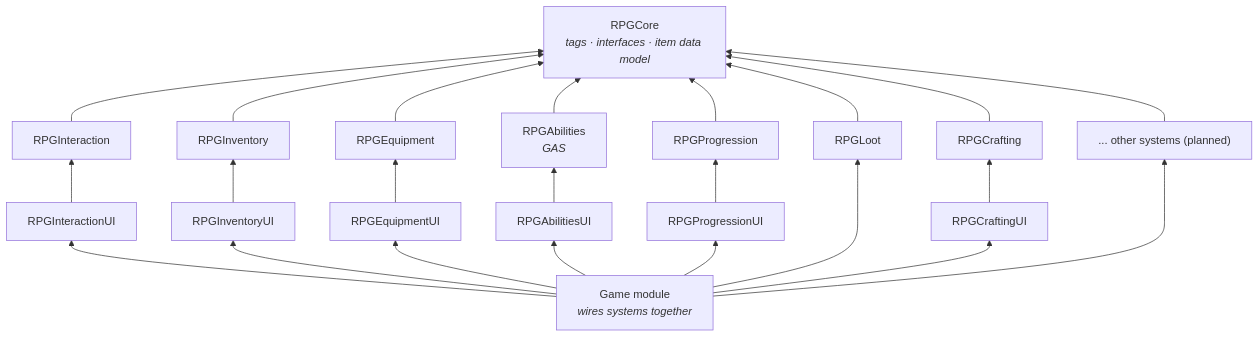
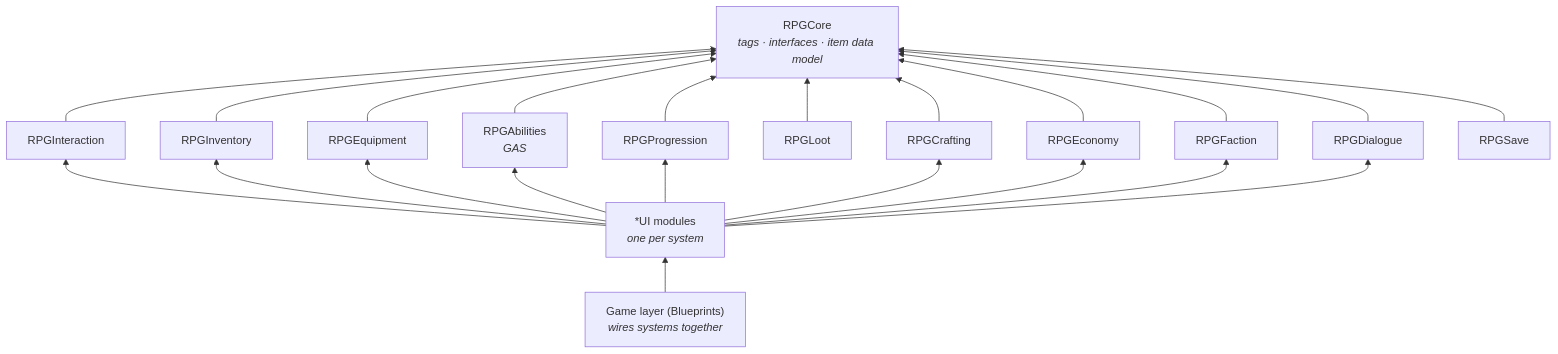
Before and after one commit to eren-pekdemir/RPGTemplate: the diagram in README.md, drawn with Mermaid. The commit also changed other lines of this file and 478 other files, not shown here.

````diff
--- a/README.md
+++ b/README.md
@@ -34,42 +120,17 @@
 ```mermaid
 graph BT
     Core["RPGCore<br/><i>tags · interfaces · item data model</i>"]
-    Interaction["RPGInteraction"]
-    InteractionUI["RPGInteractionUI"]
-    Inventory["RPGInventory"]
-    InventoryUI["RPGInventoryUI"]
-    Equipment["RPGEquipment"]
-    EquipmentUI["RPGEquipmentUI"]
-    Abilities["RPGAbilities<br/><i>GAS</i>"]
-    AbilitiesUI["RPGAbilitiesUI"]
-    Progression["RPGProgression"]
-    ProgressionUI["RPGProgressionUI"]
-    Loot["RPGLoot"]
-    Crafting["RPGCrafting"]
-    CraftingUI["RPGCraftingUI"]
-    Other["... other systems (planned)"]
-    Game["Game module<br/><i>wires systems together</i>"]
-
-    Interaction --> Core
-    InteractionUI --> Interaction
-    Inventory --> Core
-    InventoryUI --> Inventory
-    Equipment --> Core
-    EquipmentUI --> Equipment
-    Abilities --> Core
-    AbilitiesUI --> Abilities
-    Progression --> Core
-    ProgressionUI --> Progression
-    Loot --> Core
-    Crafting --> Core
-    CraftingUI --> Crafting
-    Other --> Core
-    Game --> InteractionUI
-    Game --> InventoryUI
-    Game --> EquipmentUI
-    Game --> AbilitiesUI
-    Game --> ProgressionUI
-    Game --> Loot
-    Game --> CraftingUI
-    Game --> Other
+    Interaction["RPGInteraction"] --> Core
+    Inventory["RPGInventory"] --> Core
+    Equipment["RPGEquipment"] --> Core
+    Abilities["RPGAbilities<br/><i>GAS</i>"] --> Core
+    Progression["RPGProgression"] --> Core
+    Loot["RPGLoot"] --> Core
+    Crafting["RPGCrafting"] --> Core
+    Economy["RPGEconomy"] --> Core
+    Faction["RPGFaction"] --> Core
+    Dialogue["RPGDialogue"] --> Core
+    Save["RPGSave"] --> Core
+    UI["*UI modules<br/><i>one per system</i>"] --> Interaction & Inventory & Equipment & Abilities & Progression & Crafting & Economy & Faction & Dialogue
+    Game["Game layer (Blueprints)<br/><i>wires systems together</i>"] --> UI
 ```
````
